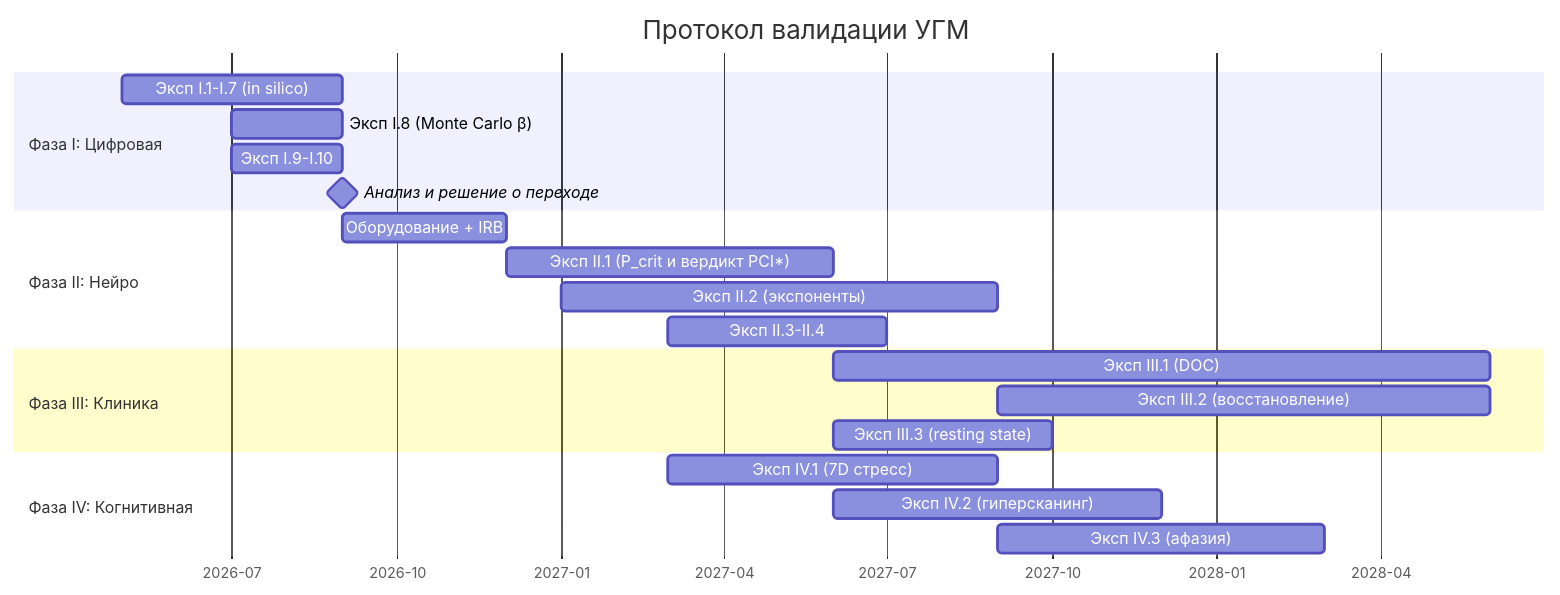
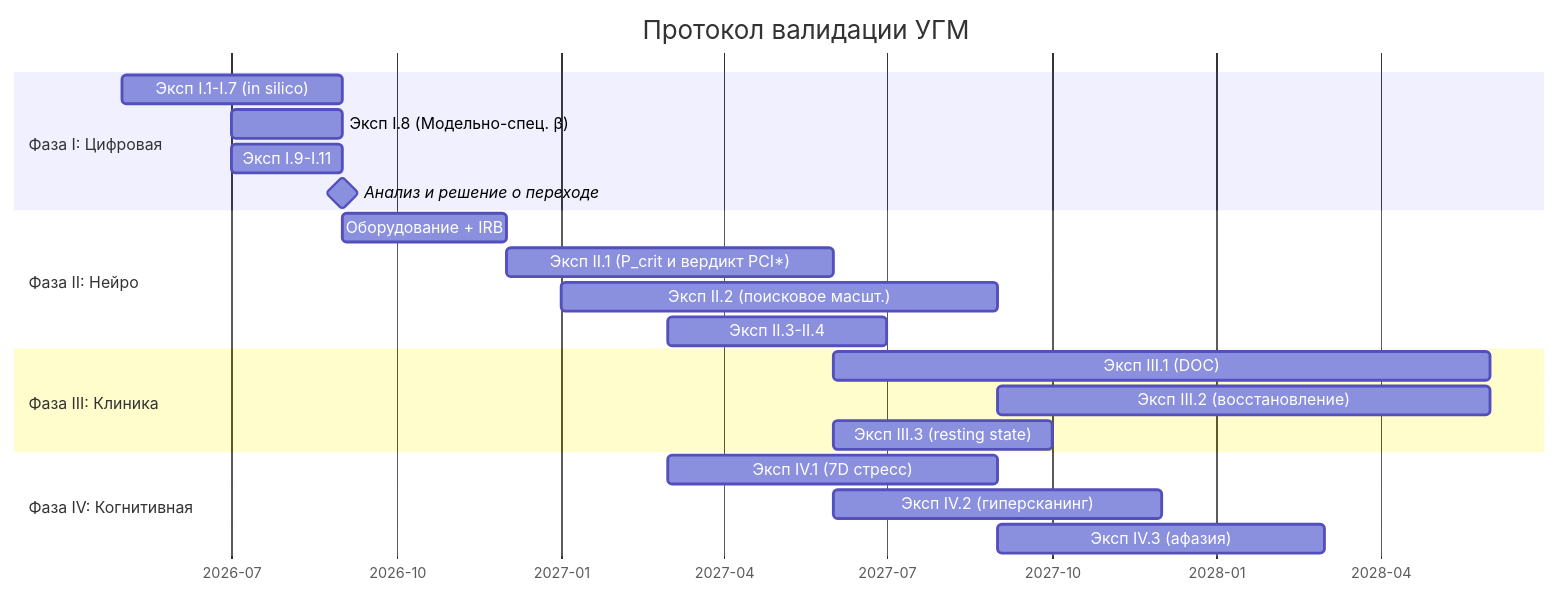
The diagram in website/i18n/ru/docusaurus-plugin-content-docs/current/applied/research/experimental-protocol.md (gst-st/uhm), drawn with Mermaid before and after one commit. The commit also changed other lines of this file and 376 other files, not shown here.

First line of the commit message:
Refactor UHM canon, decontaminate architecture, and verify EN/RU parity

````diff
--- a/website/i18n/ru/docusaurus-plugin-content-docs/current/applied/research/experimental-protocol.md
+++ b/website/i18n/ru/docusaurus-plugin-content-docs/current/applied/research/experimental-protocol.md
@@ -497,28 +532,28 @@
 ```mermaid
 gantt
     title Протокол валидации УГМ
     dateFormat YYYY-MM
     axisFormat %Y-%m
 
     section Фаза I: Цифровая
     Эксп I.1-I.7 (in silico)    :i1, 2026-05, 4M
-    Эксп I.8 (Monte Carlo β)    :i8, 2026-07, 2M
-    Эксп I.9-I.10               :i9, 2026-07, 2M
+    Эксп I.8 (Модельно-спец. β) :i8, 2026-07, 2M
+    Эксп I.9-I.11               :i9, 2026-07, 2M
     Анализ и решение о переходе  :milestone, m1, after i8, 0d
 
     section Фаза II: Нейро
     Оборудование + IRB           :ii0, 2026-09, 3M
     Эксп II.1 (P_crit и вердикт PCI*) :ii1, 2026-12, 6M
-    Эксп II.2 (экспоненты)      :ii2, 2027-01, 8M
+    Эксп II.2 (поисковое масшт.) :ii2, 2027-01, 8M
     Эксп II.3-II.4              :ii3, 2027-03, 4M
 
     section Фаза III: Клиника
     Эксп III.1 (DOC)             :iii1, 2027-06, 12M
     Эксп III.2 (восстановление) :iii2, 2027-09, 9M
     Эксп III.3 (resting state)  :iii3, 2027-06, 4M
 
     section Фаза IV: Когнитивная
     Эксп IV.1 (7D стресс)       :iv1, 2027-03, 6M
     Эксп IV.2 (гиперсканинг)    :iv2, 2027-06, 6M
     Эксп IV.3 (афазия)          :iv3, 2027-09, 6M
 ```
````
